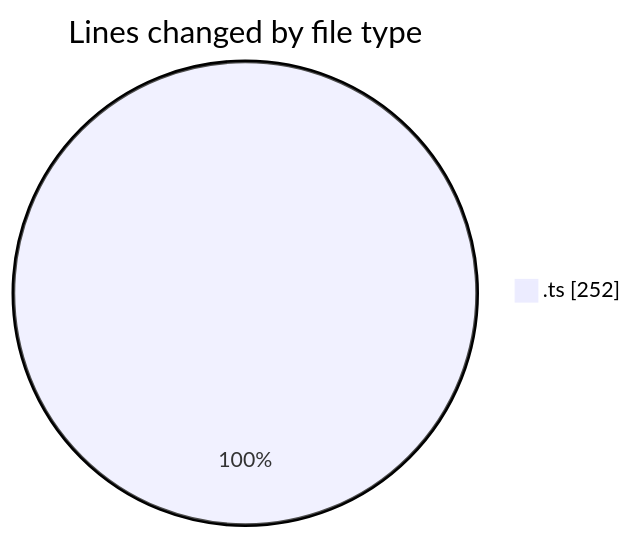
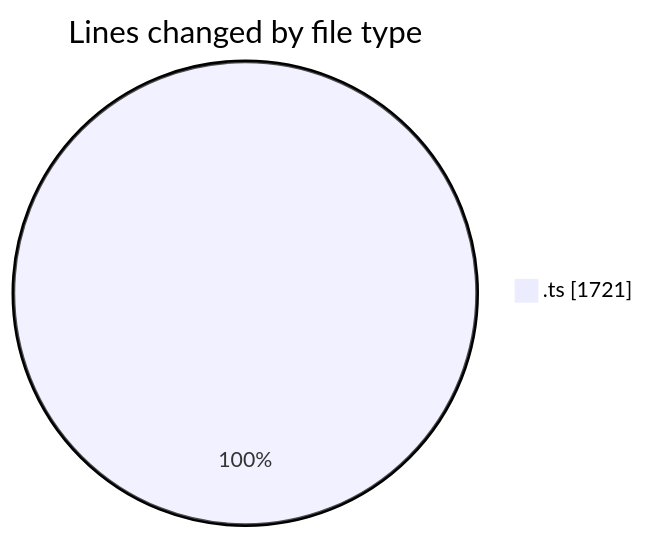
One commit to momahboobian/code-tracking changed the first of 2 diagrams in 2025-09-12/cda/README.md. Above: the diagram before and after it, drawn with Mermaid. The commit also changed other lines of this file and 1 other file, not shown here.

````diff
--- a/2025-09-12/cda/README.md
+++ b/2025-09-12/cda/README.md
@@ -22,5 +23,5 @@
 ```mermaid
 pie showData
 title Lines changed by file type
-".ts" : 252
+".ts" : 1721
 ```
````
